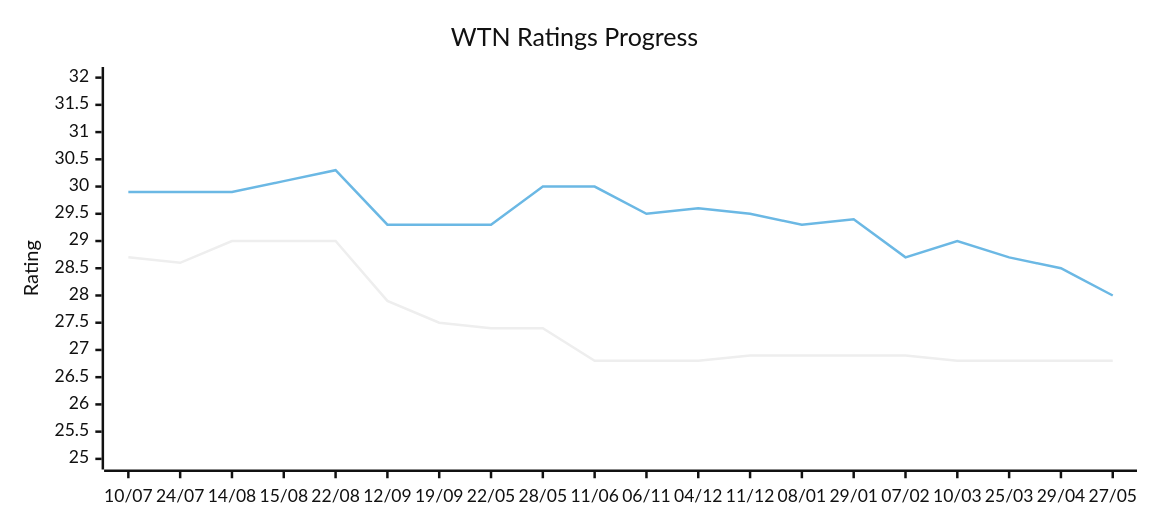
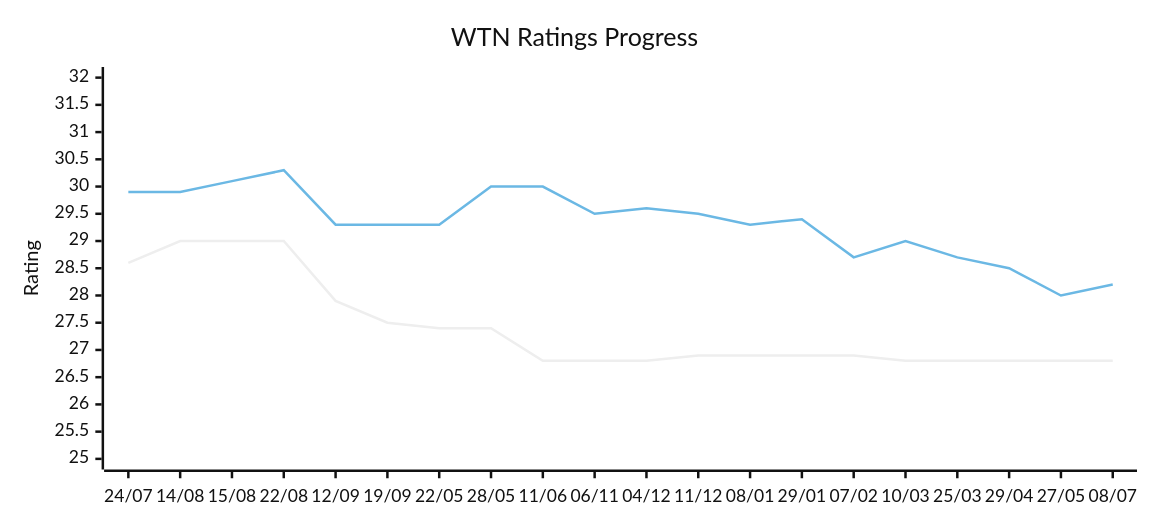
Before and after one commit to jamesrwhite/wtn: the diagram in README.md, drawn with Mermaid (neutral theme). The commit also changed other lines of this file and 1 other file, not shown here.

Commit message:
Updated ratings

````diff
--- a/README.md
+++ b/README.md
@@ -12,14 +12,14 @@
 ```mermaid
 ---
 config:
   xyChart:
     width: 900
     height: 400
 ---
 xychart-beta
   title "WTN Ratings Progress"
-  x-axis ["10/07", "24/07", "14/08", "15/08", "22/08", "12/09", "19/09", "22/05", "28/05", "11/06", "06/11", "04/12", "11/12", "08/01", "29/01", "07/02", "10/03", "25/03", "29/04", "27/05"]
+  x-axis ["24/07", "14/08", "15/08", "22/08", "12/09", "19/09", "22/05", "28/05", "11/06", "06/11", "04/12", "11/12", "08/01", "29/01", "07/02", "10/03", "25/03", "29/04", "27/05", "08/07"]
   y-axis "Rating" 25 --> 32
-  line [28.7, 28.6, 29.0, 29.0, 29.0, 27.9, 27.5, 27.4, 27.4, 26.8, 26.8, 26.8, 26.9, 26.9, 26.9, 26.9, 26.8, 26.8, 26.8, 26.8]
-  line [29.9, 29.9, 29.9, 30.1, 30.3, 29.3, 29.3, 29.3, 30.0, 30.0, 29.5, 29.6, 29.5, 29.3, 29.4, 28.7, 29.0, 28.7, 28.5, 28.0]
+  line [28.6, 29.0, 29.0, 29.0, 27.9, 27.5, 27.4, 27.4, 26.8, 26.8, 26.8, 26.9, 26.9, 26.9, 26.9, 26.8, 26.8, 26.8, 26.8, 26.8]
+  line [29.9, 29.9, 30.1, 30.3, 29.3, 29.3, 29.3, 30.0, 30.0, 29.5, 29.6, 29.5, 29.3, 29.4, 28.7, 29.0, 28.7, 28.5, 28.0, 28.2]
 ```
````
